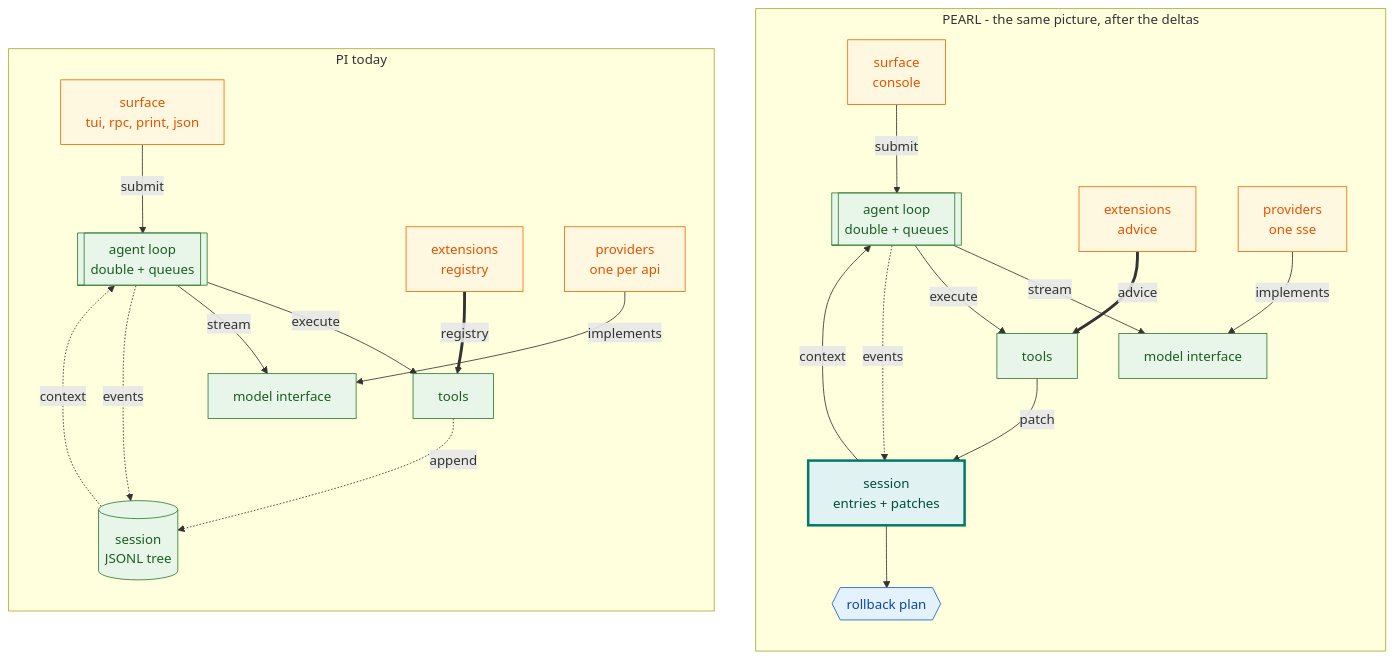
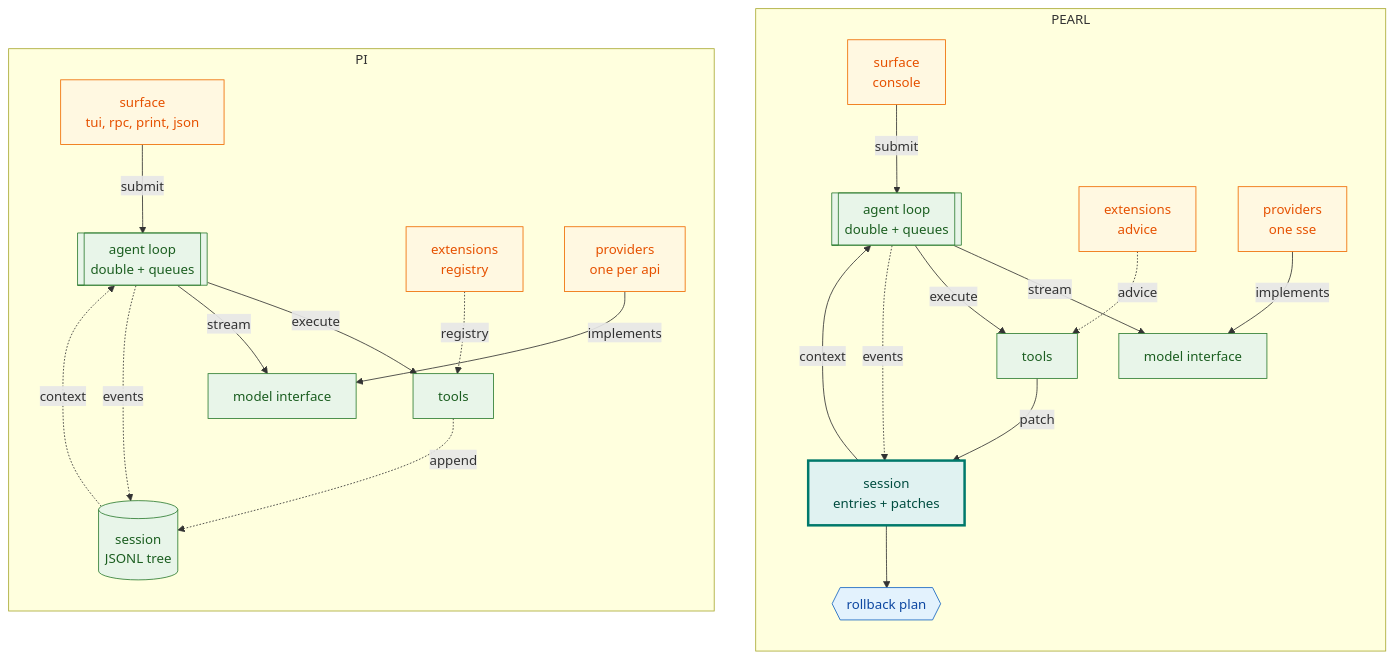
The diagram in README.md (OverbearingPearl/pearl), drawn with Mermaid before and after one commit. The commit also changed other lines of this file and 2 other files, not shown here.

````diff
--- a/README.md
+++ b/README.md
@@ -64,35 +64,35 @@
 ```mermaid
 flowchart TB
-  subgraph R["PEARL - the same picture, after the deltas"]
+  subgraph R["PEARL"]
     direction TB
     r_surf["surface<br/>console"] -->|submit| r_loop[["agent loop<br/>double + queues"]]
     r_loop -->|stream| r_model["model interface"]
     r_loop -->|execute| r_tools["tools"]
     r_loop -.->|events| r_sess["session<br/>entries + patches"]
     r_tools -->|patch| r_sess
     r_sess -->|context| r_loop
     r_sess --> r_plan{{"rollback plan"}}
-    r_ext["extensions<br/>advice"] ==>|advice| r_tools
+    r_ext["extensions<br/>advice"] -.->|advice| r_tools
     r_prov["providers<br/>one sse"] -->|implements| r_model
   end
-  subgraph L["PI today"]
+  subgraph L["PI"]
     direction TB
     l_surf["surface<br/>tui, rpc, print, json"] -->|submit| l_loop[["agent loop<br/>double + queues"]]
     l_loop -->|execute| l_tools["tools"]
     l_loop -->|stream| l_model["model interface"]
     l_loop -.->|events| l_sess[("session<br/>JSONL tree")]
     l_tools -.->|append| l_sess
     l_sess -.->|context| l_loop
-    l_ext["extensions<br/>registry"] ==>|registry| l_tools
+    l_ext["extensions<br/>registry"] -.->|registry| l_tools
     l_prov["providers<br/>one per api"] -->|implements| l_model
   end
   classDef keep fill:#e8f5e9,stroke:#2e7d32,color:#1b5e20
   classDef moved fill:#e0f2f1,stroke:#00796b,color:#004d40,stroke-width:3px
   classDef added fill:#e3f2fd,stroke:#1565c0,color:#0d47a1
   classDef changed fill:#fff8e1,stroke:#ef6c00,color:#e65100
   class l_loop,l_model,l_tools,l_sess,r_loop,r_model,r_tools keep
   class l_surf,l_ext,l_prov changed
   class r_surf,r_ext,r_prov changed
   class r_sess moved
   class r_plan added
 ```
````
